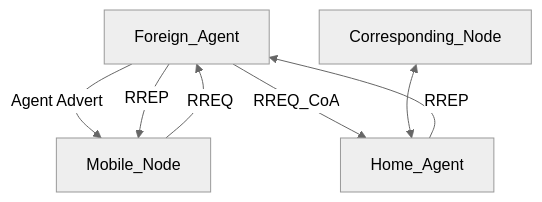
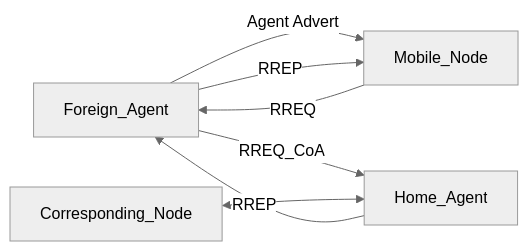
The diagram in README.md (juakali-networks/mip), drawn with Mermaid (neutral theme) before and after one commit.

Commit message:
Added diagram to ReadMe

````diff
--- a/README.md
+++ b/README.md
@@ -26,9 +26,9 @@
 ```mermaid
-flowchart TB;
+flowchart LR;
     Foreign_Agent-->|Agent Advert|Mobile_Node;
     Mobile_Node-->|RREQ|Foreign_Agent;
     Foreign_Agent-->|RREP|Mobile_Node;
     Foreign_Agent-->|RREQ_CoA|Home_Agent;
     Home_Agent-->|RREP|Foreign_Agent;
     Corresponding_Node<-->Home_Agent;
 ```
````
